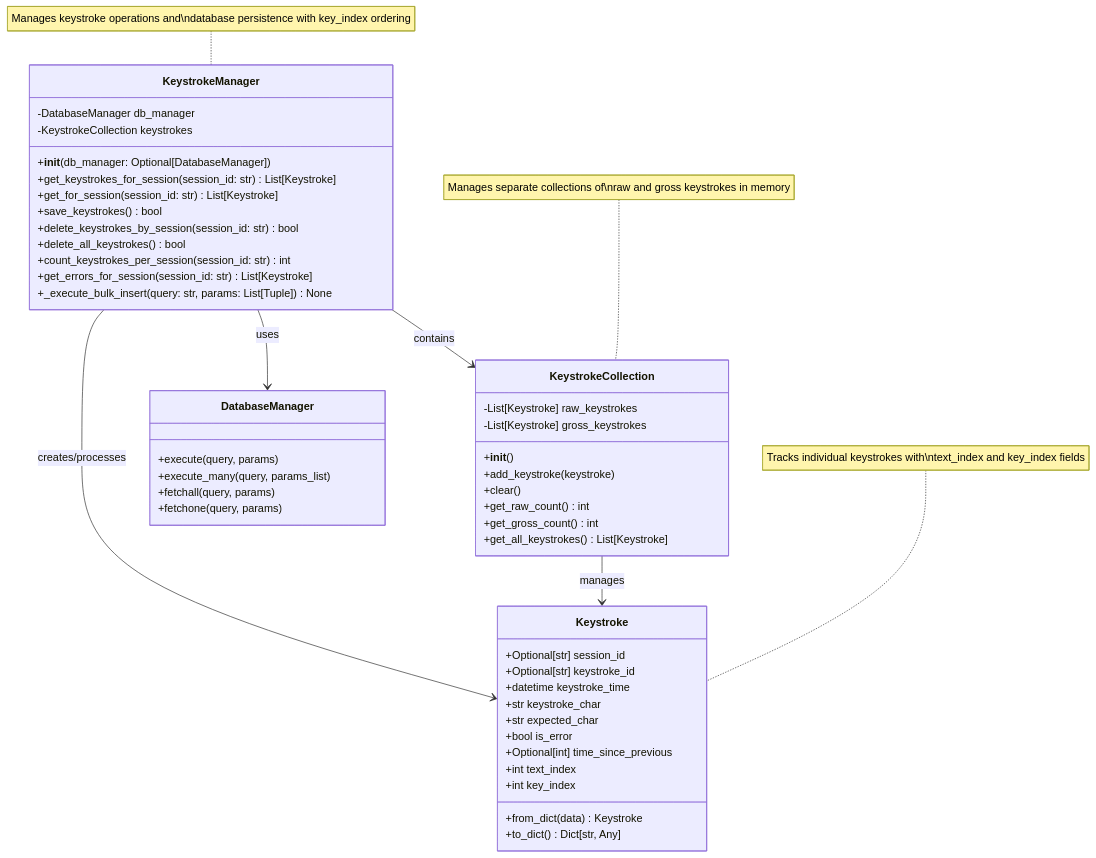
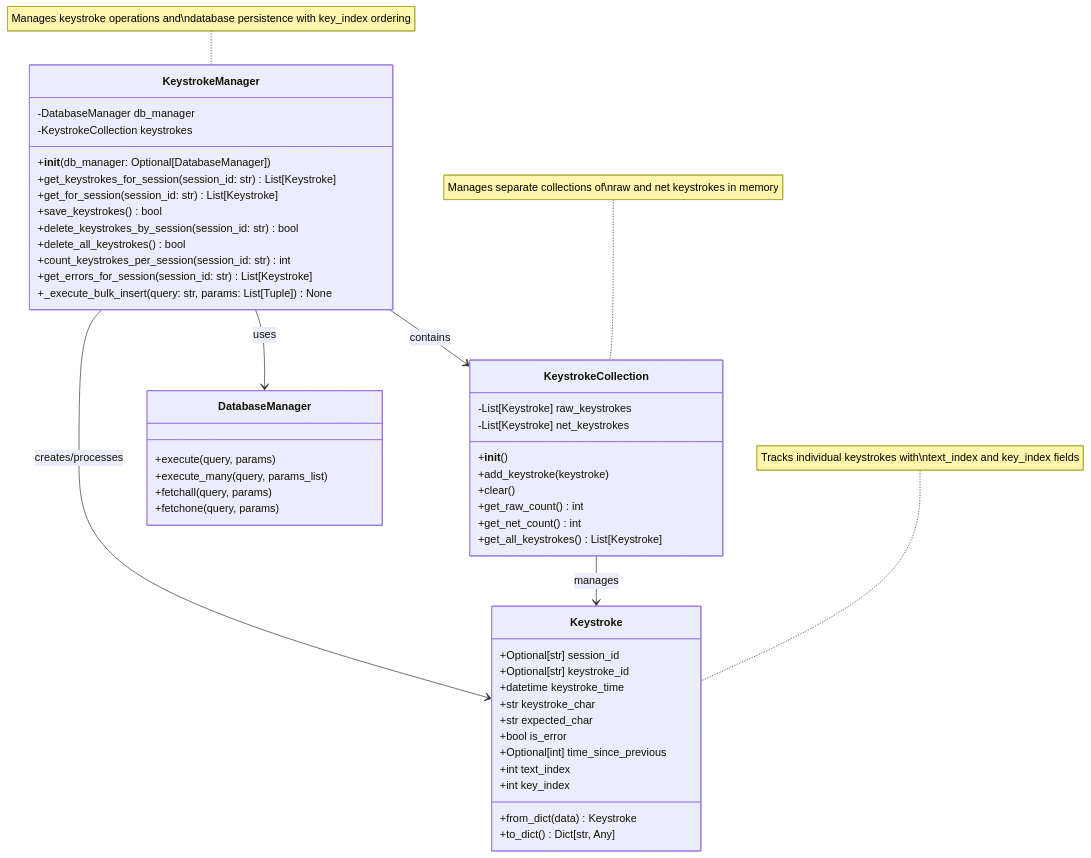
Before and after one commit to SeanAdams10/AITypingTrainer: the diagram in ClassDiagrams/keystroke_manager.md, drawn with Mermaid. The commit also changed 11 other files, not shown here.

````diff
--- a/ClassDiagrams/keystroke_manager.md
+++ b/ClassDiagrams/keystroke_manager.md
@@ -3,57 +3,57 @@
 ```mermaid
 classDiagram
     class KeystrokeManager {
         -DatabaseManager db_manager
         -KeystrokeCollection keystrokes
         +__init__(db_manager: Optional[DatabaseManager])
         +get_keystrokes_for_session(session_id: str) List[Keystroke]
         +get_for_session(session_id: str) List[Keystroke]
         +save_keystrokes() bool
         +delete_keystrokes_by_session(session_id: str) bool
         +delete_all_keystrokes() bool
         +count_keystrokes_per_session(session_id: str) int
         +get_errors_for_session(session_id: str) List[Keystroke]
         +_execute_bulk_insert(query: str, params: List[Tuple]) None
     }
 
     class KeystrokeCollection {
         -List[Keystroke] raw_keystrokes
-        -List[Keystroke] gross_keystrokes
+        -List[Keystroke] net_keystrokes
         +__init__()
         +add_keystroke(keystroke)
         +clear()
         +get_raw_count() int
-        +get_gross_count() int
+        +get_net_count() int
         +get_all_keystrokes() List[Keystroke]
     }
 
     class Keystroke {
         +Optional[str] session_id
         +Optional[str] keystroke_id
         +datetime keystroke_time
         +str keystroke_char
         +str expected_char
         +bool is_error
         +Optional[int] time_since_previous
         +int text_index
         +int key_index
         +from_dict(data) Keystroke
         +to_dict() Dict[str, Any]
     }
 
     class DatabaseManager {
         +execute(query, params)
         +execute_many(query, params_list)
         +fetchall(query, params)
         +fetchone(query, params)
     }
 
     KeystrokeManager --> DatabaseManager : uses
     KeystrokeManager --> KeystrokeCollection : contains
     KeystrokeCollection --> Keystroke : manages
     KeystrokeManager --> Keystroke : creates/processes
 
     note for KeystrokeManager "Manages keystroke operations and\ndatabase persistence with key_index ordering"
-    note for KeystrokeCollection "Manages separate collections of\nraw and gross keystrokes in memory"
+    note for KeystrokeCollection "Manages separate collections of\nraw and net keystrokes in memory"
     note for Keystroke "Tracks individual keystrokes with\ntext_index and key_index fields"
 ```
````
